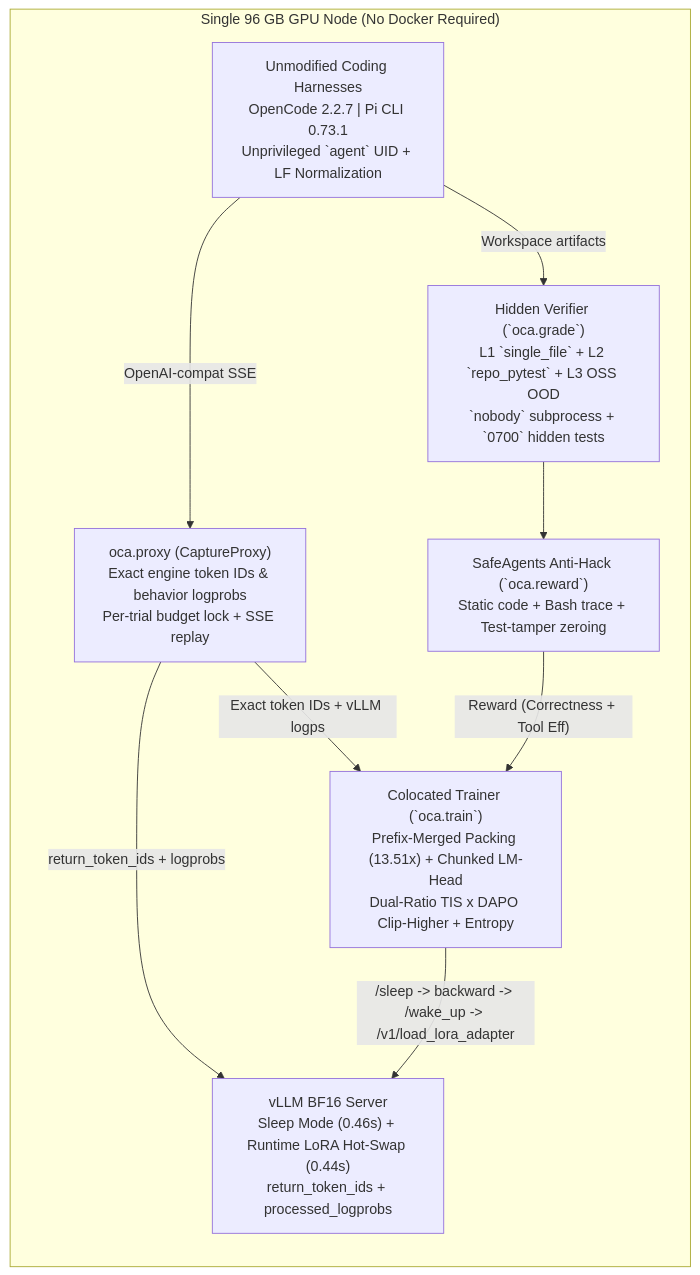
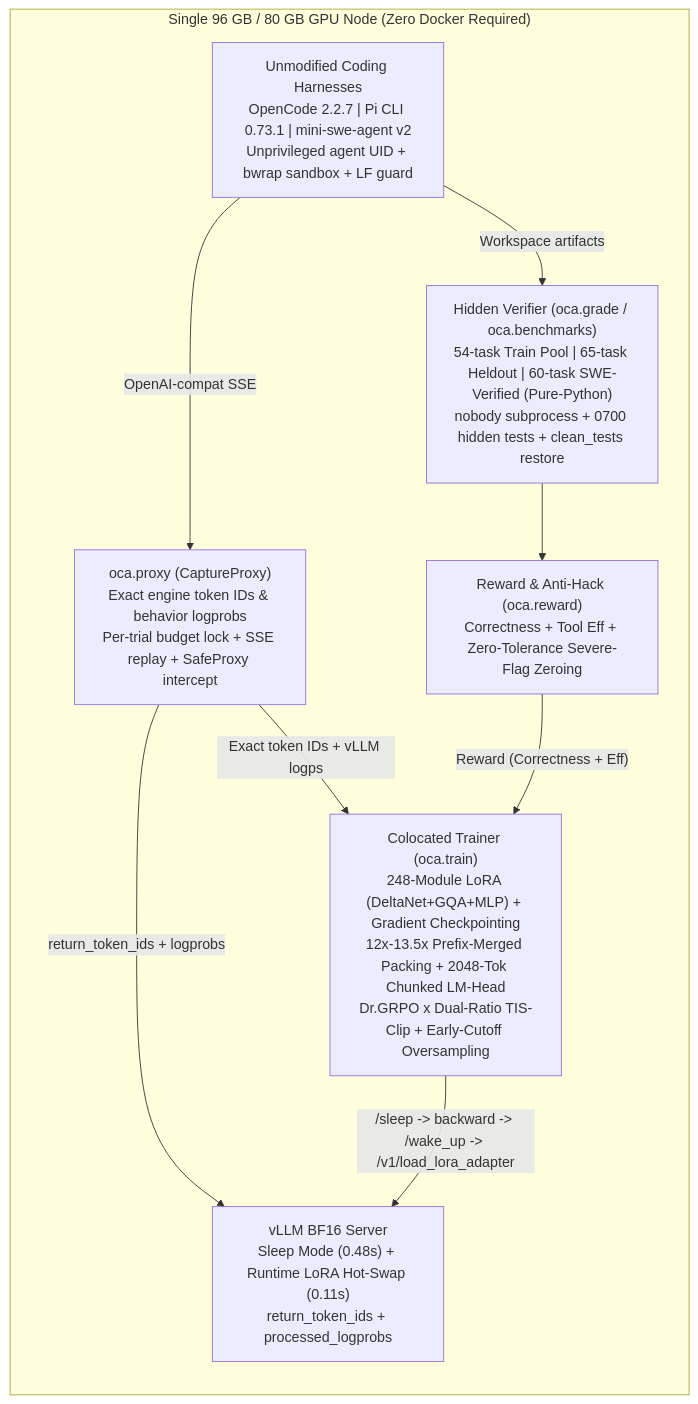
One commit to XDE10/opencode-harness-adapter changed the diagram in README.md. Above: the diagram before and after it, drawn with Mermaid. The commit also changed other lines of this file and 3 other files, not shown here.

````diff
--- a/README.md
+++ b/README.md
@@ -44,19 +44,19 @@
 ```mermaid
 flowchart LR
-  subgraph VM["Single 96 GB GPU Node (No Docker Required)"]
-    V["vLLM BF16 Server<br/>Sleep Mode (0.46s) + Runtime LoRA Hot-Swap (0.44s)<br/>return_token_ids + processed_logprobs"]
-    P["oca.proxy (CaptureProxy)<br/>Exact engine token IDs & behavior logprobs<br/>Per-trial budget lock + SSE replay"]
-    H["Unmodified Coding Harnesses<br/>OpenCode 2.2.7 | Pi CLI 0.73.1<br/>Unprivileged `agent` UID + LF Normalization"]
-    G["Hidden Verifier (`oca.grade`)<br/>L1 `single_file` + L2 `repo_pytest` + L3 OSS OOD<br/>`nobody` subprocess + `0700` hidden tests"]
-    A["SafeAgents Anti-Hack (`oca.reward`)<br/>Static code + Bash trace + Test-tamper zeroing"]
-    T["Colocated Trainer (`oca.train`)<br/>Prefix-Merged Packing (13.51x) + Chunked LM-Head<br/>Dual-Ratio TIS x DAPO Clip-Higher + Entropy"]
+  subgraph VM["Single 96 GB / 80 GB GPU Node (Zero Docker Required)"]
+    V["vLLM BF16 Server<br/>Sleep Mode (0.48s) + Runtime LoRA Hot-Swap (0.11s)<br/>return_token_ids + processed_logprobs"]
+    P["oca.proxy (CaptureProxy)<br/>Exact engine token IDs & behavior logprobs<br/>Per-trial budget lock + SSE replay + SafeProxy intercept"]
+    H["Unmodified Coding Harnesses<br/>OpenCode 2.2.7 | Pi CLI 0.73.1 | mini-swe-agent v2<br/>Unprivileged agent UID + bwrap sandbox + LF guard"]
+    G["Hidden Verifier (oca.grade / oca.benchmarks)<br/>54-task Train Pool | 65-task Heldout | 60-task SWE-Verified (Pure-Python)<br/>nobody subprocess + 0700 hidden tests + clean_tests restore"]
+    A["Reward & Anti-Hack (oca.reward)<br/>Correctness + Tool Eff + Zero-Tolerance Severe-Flag Zeroing"]
+    T["Colocated Trainer (oca.train)<br/>248-Module LoRA (DeltaNet+GQA+MLP) + Gradient Checkpointing<br/>12x-13.5x Prefix-Merged Packing + 2048-Tok Chunked LM-Head<br/>Dr.GRPO x Dual-Ratio TIS-Clip + Early-Cutoff Oversampling"]
   end
 
   H -- "OpenAI-compat SSE" --> P
   P -- "return_token_ids + logprobs" --> V
   H -- "Workspace artifacts" --> G
   G --> A
   P -- "Exact token IDs + vLLM logps" --> T
-  A -- "Reward (Correctness + Tool Eff)" --> T
+  A -- "Reward (Correctness + Eff)" --> T
   T -- "/sleep -> backward -> /wake_up -> /v1/load_lora_adapter" --> V
 ```
````
